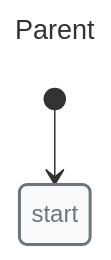
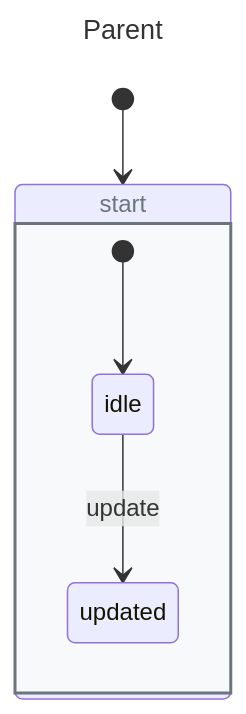
One commit to Masquerade-Circus/x-robot changed the fourth of 5 diagrams in docs/concepts/context.md. Above: the diagram before and after it, drawn with Mermaid. The commit also changed 64 other files, not shown here.

First line of the commit message:
refactor(documentate): expand documentate diagram exports

````diff
--- a/docs/concepts/context.md
+++ b/docs/concepts/context.md
@@ -174,21 +171,29 @@
 ```mermaid
 ---
 title: Parent
 ---
 
 stateDiagram-v2
 direction TB
 
 classDef danger fill:#f8d7da,stroke:#721c24,stroke-width:2px,text-align:left,color:#721c24
 classDef warning fill:#fff3cd,stroke:#856404,stroke-width:2px,text-align:left,color:#856404
 classDef success fill:#d4edda,stroke:#155724,stroke-width:2px,text-align:left,color:#155724
 classDef primary fill:#cce5ff,stroke:#004085,stroke-width:2px,text-align:left,color:#004085
 classDef info fill:#d1ecf1,stroke:#0c5460,stroke-width:2px,text-align:left,color:#0c5460
 classDef def fill:#f8f9fa,stroke:#6c757d,stroke-width:2px,text-align:left,color:#6c757d
 
 state "start" as start
 class start def
 
+state start {
+  state "idle" as StartChildIdle
+
+
+  [*] --> StartChildIdle
+  StartChildIdle --> updated: update
+}
+
 
 [*] --> start
 ```
````
